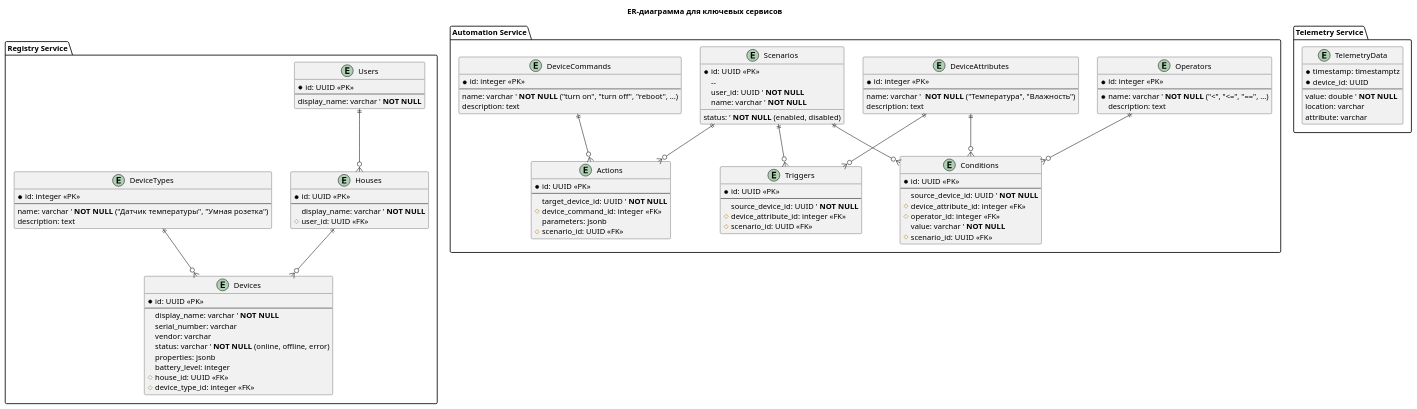
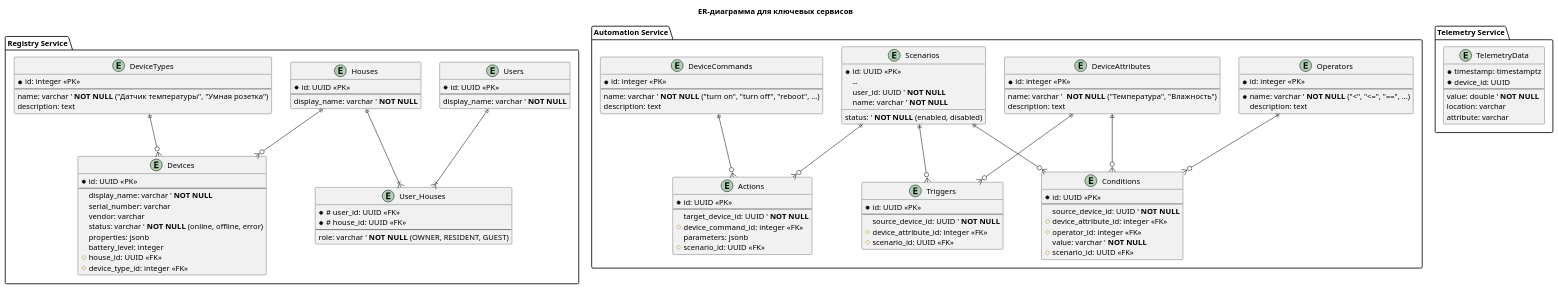
The diagram in docs/diagrams/ER_Diagram_CoreServices.puml (Manjago/arch-pro-sprint1), drawn with PlantUML before and after one commit. The commit also changed 1 other file, not shown here.

Commit message:
docs(ERD): Реализовать M:N связь для семейного доступа
В соответствии с замечанием ревьюера, модель данных обновлена для поддержки сценария, когда несколько пользователей (например, члены семьи) могут управлять одним домом.

Изменения:
- Связь между `Users` и `Houses` изменена с "один-ко-многим" на "многие-ко-многим".
- Удален внешний ключ `user_id` из таблицы `Houses`.
- Добавлена связующая таблица `User_Houses` с составным первичным ключом (`user_id`, `house_id`).
- В связующую таблицу добавлено поле `role` (OWNER, RESIDENT, GUEST) для будущей реализации ролевой модели доступа.

```diff
--- a/docs/diagrams/ER_Diagram_CoreServices.puml
+++ b/docs/diagrams/ER_Diagram_CoreServices.puml
@@ -21,9 +21,17 @@
   --
   ' Отображаемое имя (например, "Дача")
     display_name: varchar ' **NOT NULL**
-  ' Внешний ключ на владельца дома
-  # user_id: UUID <<FK>>
 }
+
+' Пользователи - Дома (многие ко многим)
+  entity "User_Houses" {
+    ' Составной первичный ключ и внешние ключи
+    * # user_id: UUID <<FK>>
+    * # house_id: UUID <<FK>>
+    --
+    ' Роль пользователя в этом доме
+    role: varchar ' **NOT NULL** (OWNER, RESIDENT, GUEST)
+  }
 
 ' Устройства
 entity "Devices" {
@@ -60,8 +68,10 @@
   }
 
 
-' У одного пользователя может быть 0 или больше домов
-  Users ||--o{ Houses
+  ' У одного пользователя может быть доступ ко многим домам
+  Users ||--|{ User_Houses
+  ' У одного дома может быть много пользователей
+  Houses ||--|{ User_Houses
 ' В доме может не быть устройств (ил ибыть много)
   Houses ||--o{ Devices
 ' Мы можем знать о типе устройств, но их пока нет
```
